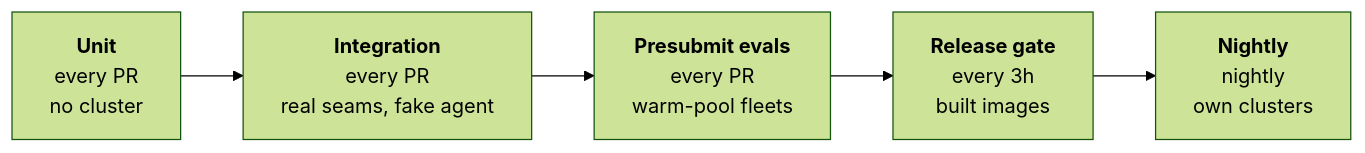
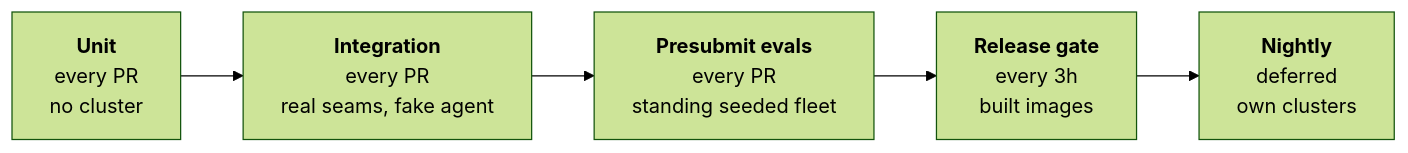
Before and after one commit to gke-labs/kube-agents: the first of 2 diagrams in docs/designs/testing-strategy.md, drawn with Mermaid (forest theme). The commit also changed other lines of this file, not shown here.

First line of the commit message:
docs(designs): the fleet stands and is read-only, and the gate is a rate

````diff
--- a/docs/designs/testing-strategy.md
+++ b/docs/designs/testing-strategy.md
@@ -61,4 +61,4 @@
 ```mermaid
 flowchart LR
-    U["<b>Unit</b><br/>every PR<br/>no cluster"] --> I["<b>Integration</b><br/>every PR<br/>real seams, fake agent"] --> P["<b>Presubmit evals</b><br/>every PR<br/>warm-pool fleets"] --> G["<b>Release gate</b><br/>every 3h<br/>built images"] --> N["<b>Nightly</b><br/>nightly<br/>own clusters"]
+    U["<b>Unit</b><br/>every PR<br/>no cluster"] --> I["<b>Integration</b><br/>every PR<br/>real seams, fake agent"] --> P["<b>Presubmit evals</b><br/>every PR<br/>standing seeded fleet"] --> G["<b>Release gate</b><br/>every 3h<br/>built images"] --> N["<b>Nightly</b><br/>deferred<br/>own clusters"]
 ```
````
